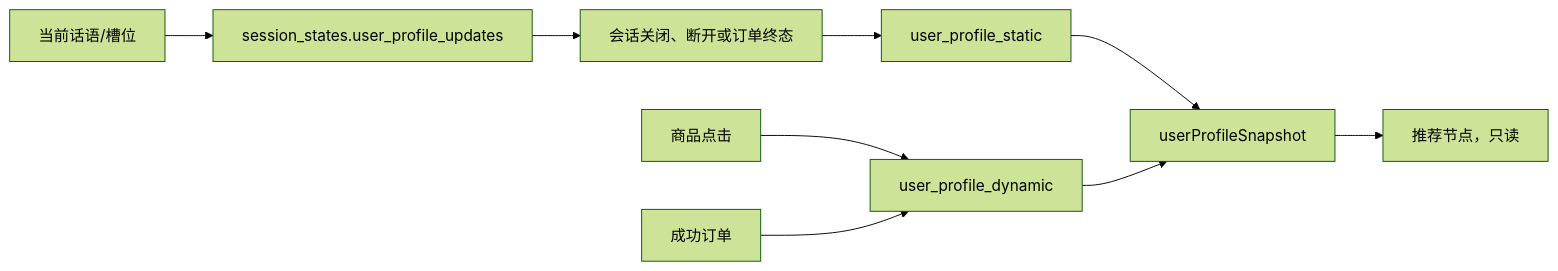
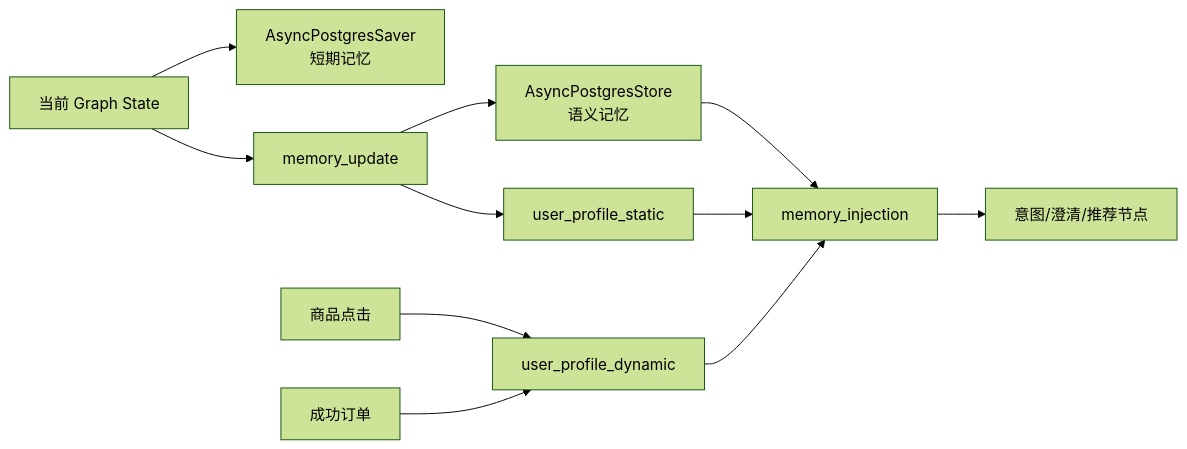
The fourth of 4 diagrams in docs/architecture.md (ivaris03/voice-shopping-agents), drawn with Mermaid (forest theme) before and after one commit. The commit also changed other lines of this file and 14 other files, not shown here.

````diff
--- a/docs/architecture.md
+++ b/docs/architecture.md
@@ -212,11 +212,13 @@
 ```mermaid
 flowchart LR
-    T["当前话语/槽位"] --> U["session_states.user_profile_updates"]
-    U --> F["会话关闭、断开或订单终态"]
-    F --> S["user_profile_static"]
+    T["当前 Graph State"] --> CP["AsyncPostgresSaver<br/>短期记忆"]
+    T --> MW["memory_update"]
+    MW --> SM["AsyncPostgresStore<br/>语义记忆"]
+    MW --> S["user_profile_static"]
     C["商品点击"] --> D["user_profile_dynamic"]
     O["成功订单"] --> D
-    S --> P["userProfileSnapshot"]
-    D --> P
-    P --> R["推荐节点，只读"]
+    S --> MI["memory_injection"]
+    D --> MI
+    SM --> MI
+    MI --> R["意图/澄清/推荐节点"]
 ```
````
